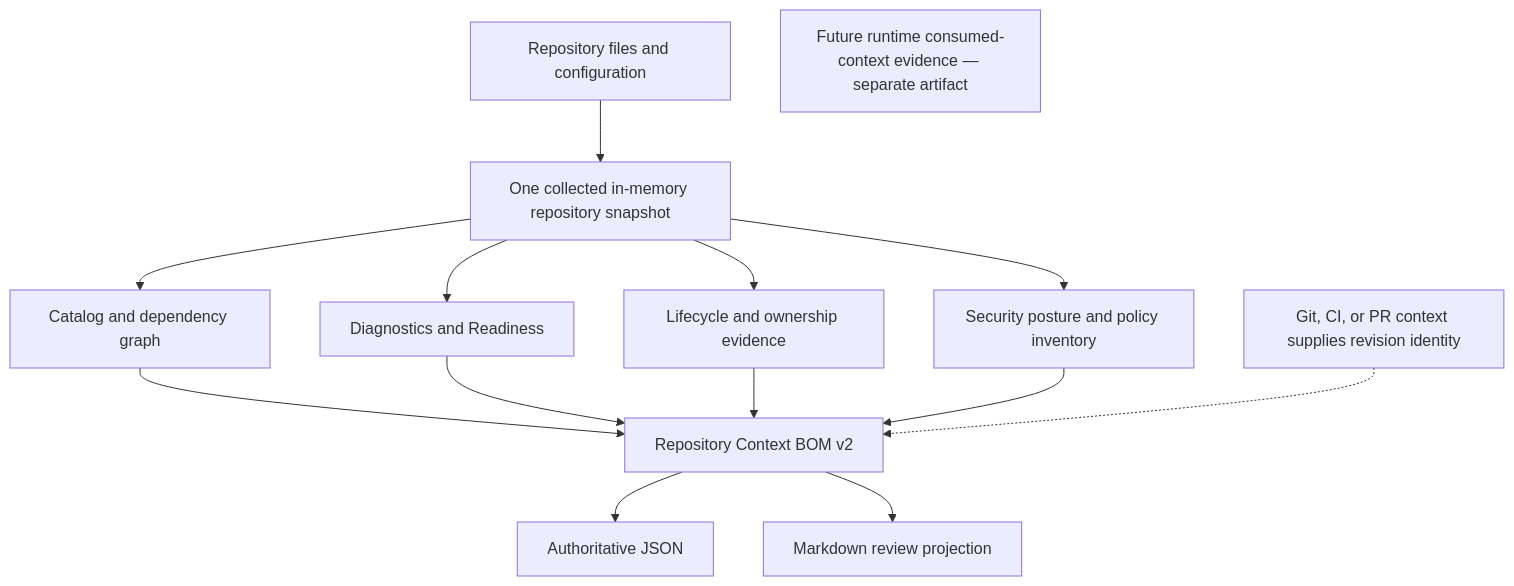
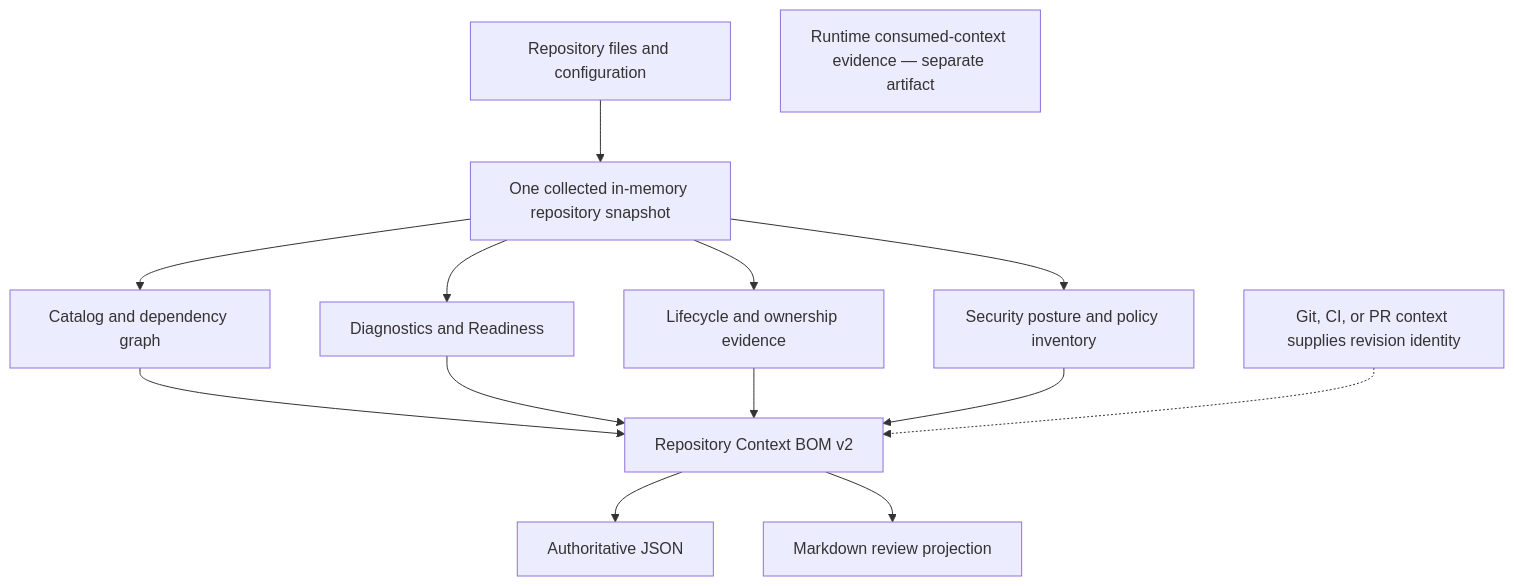
Before and after one commit to KazuCocoa/renma: the diagram in docs/repository-context-bom.md, drawn with Mermaid. The commit also changed other lines of this file and 43 other files, not shown here.

````diff
--- a/docs/repository-context-bom.md
+++ b/docs/repository-context-bom.md
@@ -7,26 +10,26 @@
 ```mermaid
 flowchart TD
   Sources["Repository files and configuration"]
   Snapshot["One collected in-memory repository snapshot"]
   Catalog["Catalog and dependency graph"]
   Diagnostics["Diagnostics and Readiness"]
   Governance["Lifecycle and ownership evidence"]
   Security["Security posture and policy inventory"]
   Bom["Repository Context BOM v2"]
   Json["Authoritative JSON"]
   Markdown["Markdown review projection"]
   Revision["Git, CI, or PR context supplies revision identity"]
-  Runtime["Future runtime consumed-context evidence — separate artifact"]
+  Runtime["Runtime consumed-context evidence — separate artifact"]
   Sources --> Snapshot
   Snapshot --> Catalog
   Snapshot --> Diagnostics
   Snapshot --> Governance
   Snapshot --> Security
   Catalog --> Bom
   Diagnostics --> Bom
   Governance --> Bom
   Security --> Bom
   Bom --> Json
   Bom --> Markdown
   Revision -.-> Bom
 ```
````
